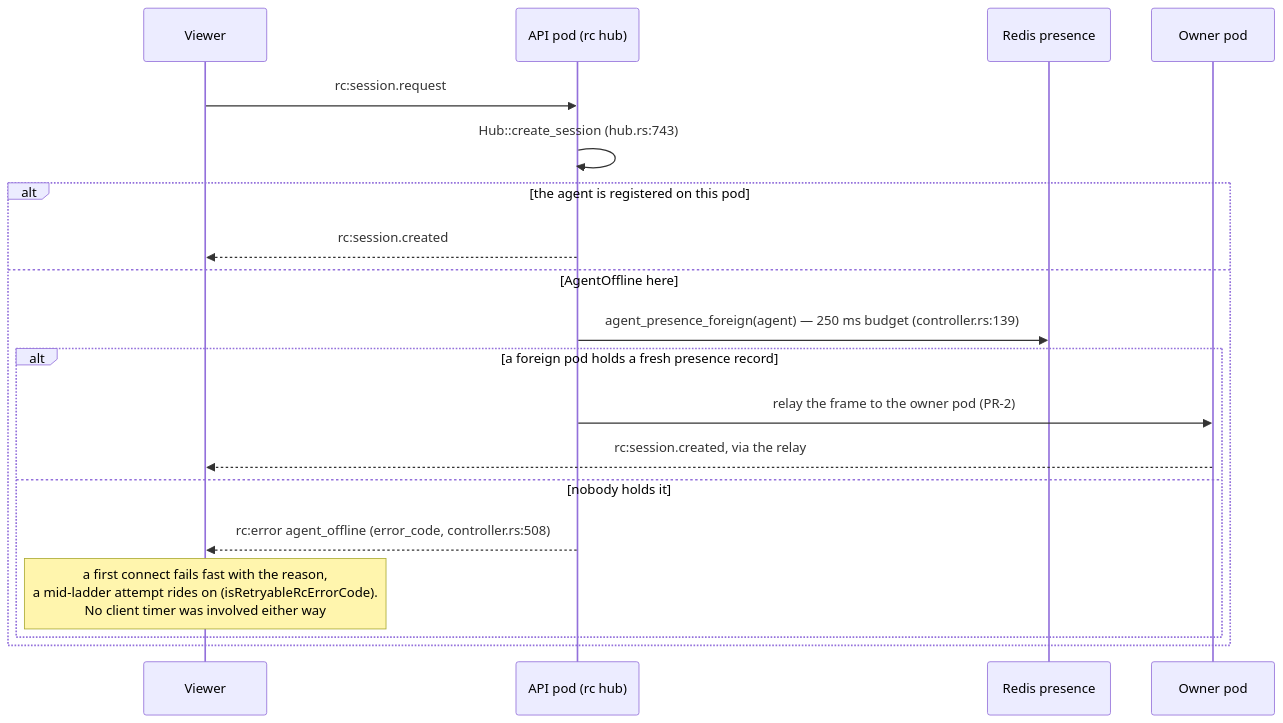
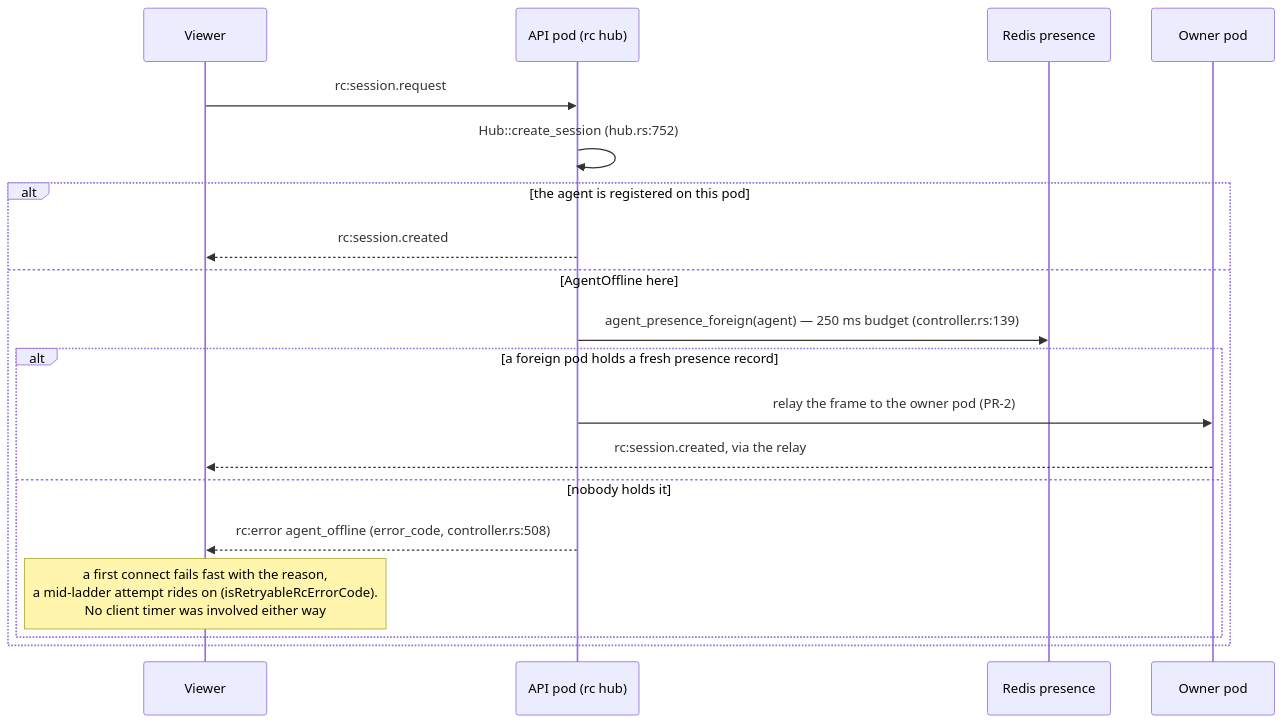
Diagram 27 of 38 in docs/remote-control.md (gjovanov/roomler-ai), drawn with Mermaid before and after one commit. The commit also changed other lines of this file and 22 other files, not shown here.

````diff
--- a/docs/remote-control.md
+++ b/docs/remote-control.md
@@ -2711,21 +2711,21 @@
 ```mermaid
 sequenceDiagram
     participant V as Viewer
     participant P as API pod (rc hub)
     participant R as Redis presence
     participant O as Owner pod
     V->>P: rc:session.request
-    P->>P: Hub::create_session (hub.rs:743)
+    P->>P: Hub::create_session (hub.rs:752)
     alt the agent is registered on this pod
         P-->>V: rc:session.created
     else AgentOffline here
         P->>R: agent_presence_foreign(agent) — 250 ms budget (controller.rs:139)
         alt a foreign pod holds a fresh presence record
             P->>O: relay the frame to the owner pod (PR-2)
             O-->>V: rc:session.created, via the relay
         else nobody holds it
             P-->>V: rc:error agent_offline (error_code, controller.rs:508)
             Note over V: a first connect fails fast with the reason,<br/>a mid-ladder attempt rides on (isRetryableRcErrorCode).<br/>No client timer was involved either way
         end
     end
 ```
````
